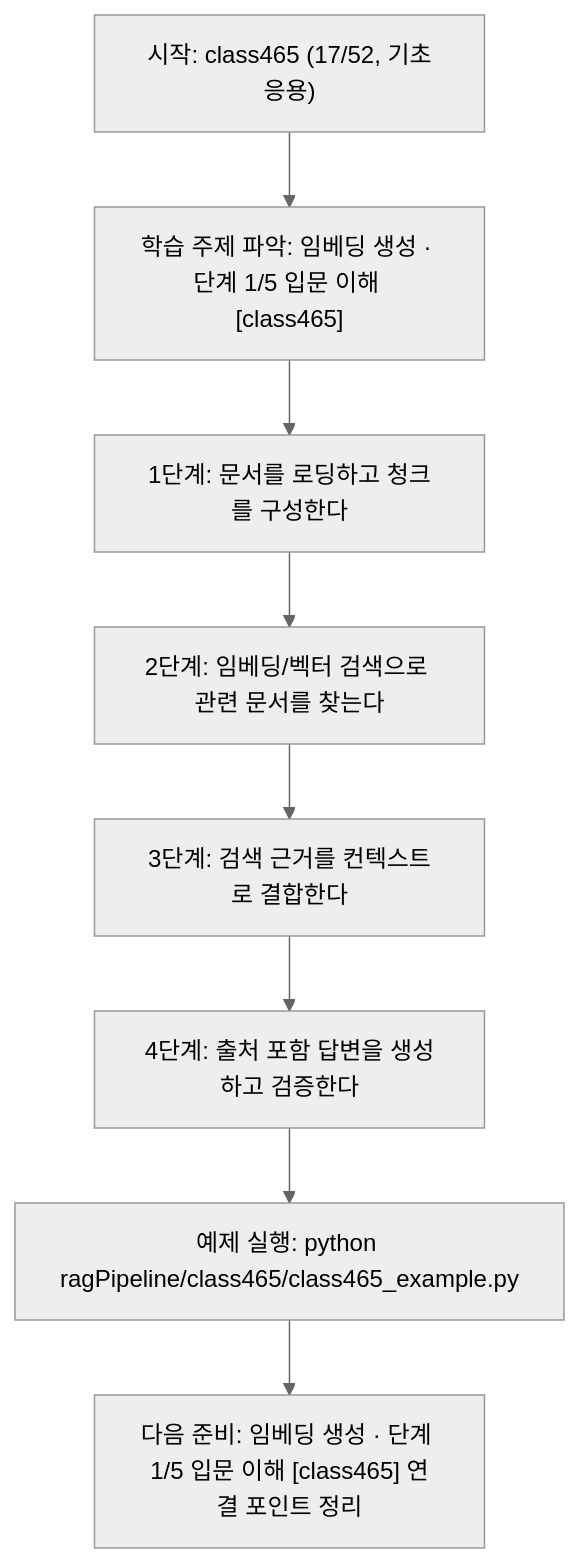
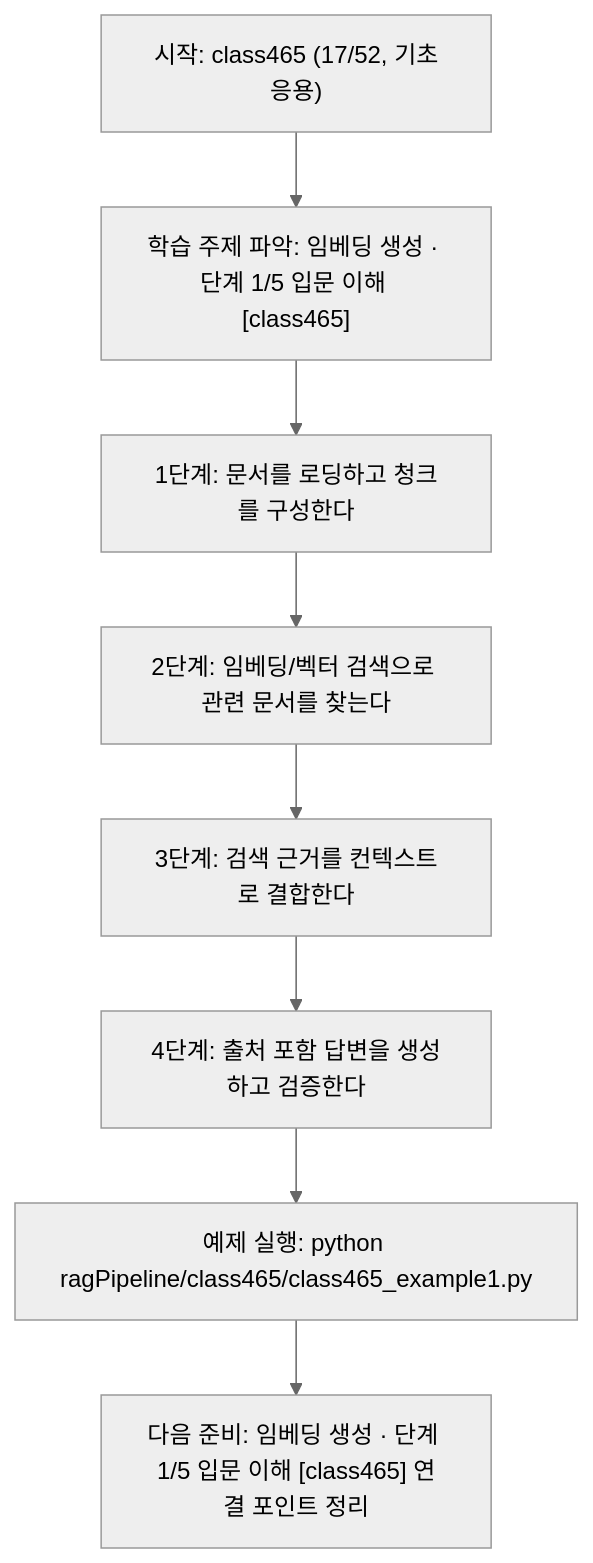
Before and after one commit to edumgt/Python-AI_Agent-Class: the diagram in ragPipeline/class465/class465.md, drawn with Mermaid (neutral theme). The commit also changed other lines of this file and 2959 other files, not shown here.

````diff
--- a/ragPipeline/class465/class465.md
+++ b/ragPipeline/class465/class465.md
@@ -110,18 +110,18 @@
 ```mermaid
 flowchart TD
 N1["시작: class465 (17/52, 기초응용)"]
 N2["학습 주제 파악: 임베딩 생성 · 단계 1/5 입문 이해 [class465]"]
 N3["1단계: 문서를 로딩하고 청크를 구성한다"]
 N4["2단계: 임베딩/벡터 검색으로 관련 문서를 찾는다"]
 N5["3단계: 검색 근거를 컨텍스트로 결합한다"]
 N6["4단계: 출처 포함 답변을 생성하고 검증한다"]
-N7["예제 실행: python ragPipeline/class465/class465_example.py"]
+N7["예제 실행: python ragPipeline/class465/class465_example1.py"]
 N8["다음 준비: 임베딩 생성 · 단계 1/5 입문 이해 [class465] 연결 포인트 정리"]
 N1 --> N2
 N2 --> N3
 N3 --> N4
 N4 --> N5
 N5 --> N6
 N6 --> N7
 N7 --> N8
 ```
````
